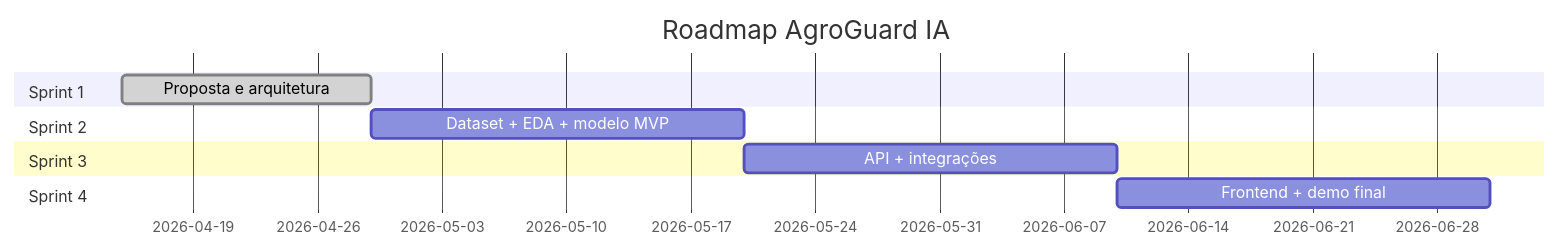
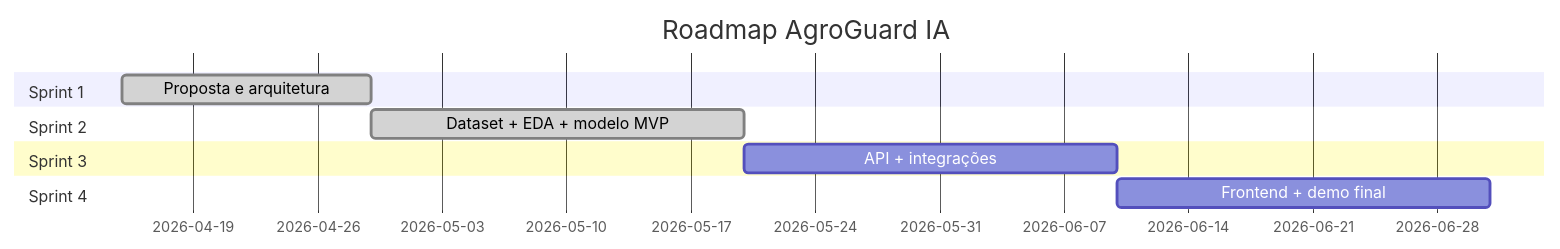
Before and after one commit to KaiqueSavi/AgroGuard: the second of 2 diagrams in README.md, drawn with Mermaid. The commit also changed other lines of this file and 33 other files, not shown here.

````diff
--- a/README.md
+++ b/README.md
@@ -383,13 +582,13 @@
 ```mermaid
 gantt
     title Roadmap AgroGuard IA
     dateFormat YYYY-MM-DD
     section Sprint 1
     Proposta e arquitetura      :done,  s1, 2026-04-15, 14d
     section Sprint 2
-    Dataset + EDA + modelo MVP  :       s2, after s1, 21d
+    Dataset + EDA + modelo MVP  :done,  s2, after s1, 21d
     section Sprint 3
     API + integrações           :       s3, after s2, 21d
     section Sprint 4
     Frontend + demo final       :       s4, after s3, 21d
 ```
````
